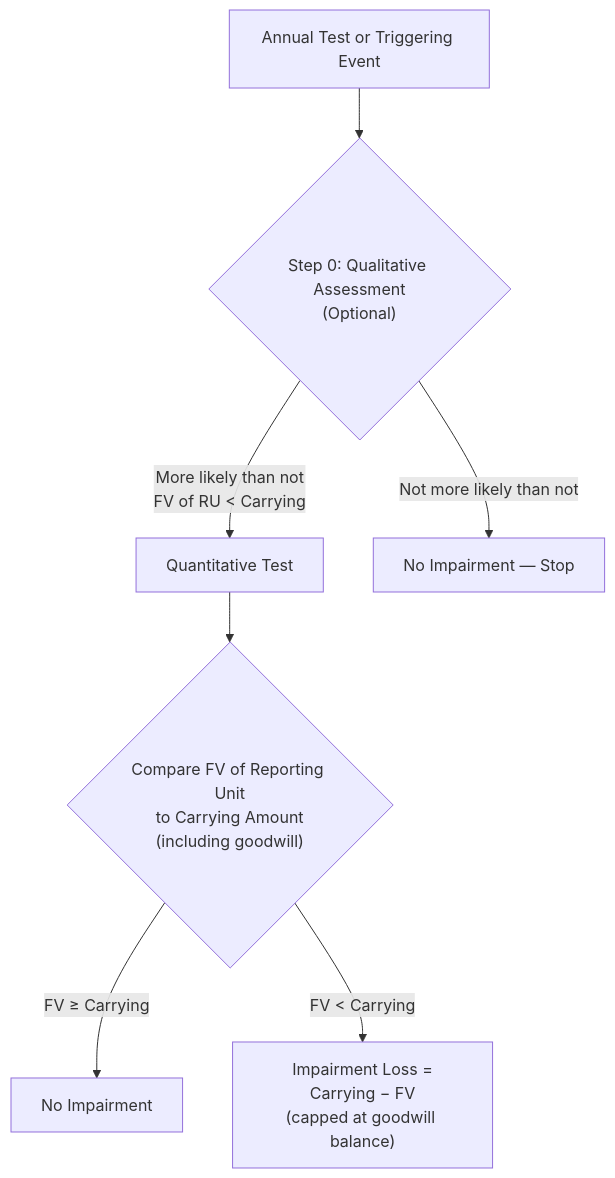
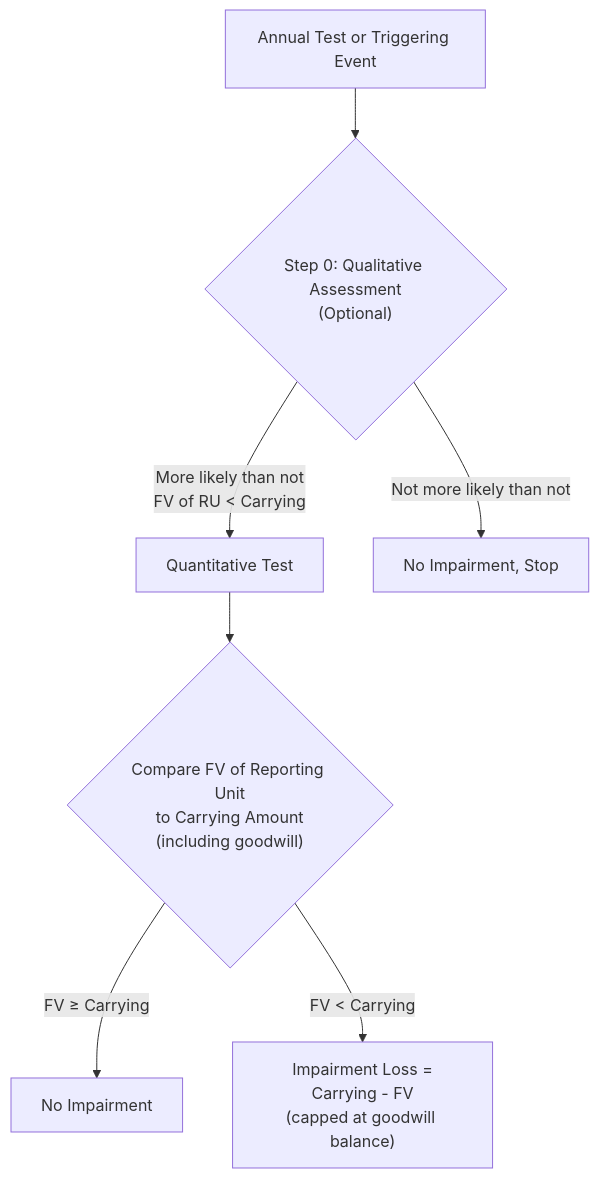
Before and after one commit to subwaymatch/cpabear-book: the second of 2 diagrams in docs/bar/technical-accounting-assets-and-revenue/indefinite-lived-intangible-assets.md, drawn with Mermaid. The commit also changed other lines of this file and 222 other files, not shown here.

````diff
--- a/docs/bar/technical-accounting-assets-and-revenue/indefinite-lived-intangible-assets.md
+++ b/docs/bar/technical-accounting-assets-and-revenue/indefinite-lived-intangible-assets.md
@@ -217,9 +217,9 @@
 ```mermaid
 graph TD
     A["Annual Test or Triggering Event"] --> B{"Step 0: Qualitative Assessment<br/>(Optional)"}
     B -->|"More likely than not<br/>FV of RU < Carrying"| C["Quantitative Test"]
-    B -->|"Not more likely than not"| D["No Impairment — Stop"]
+    B -->|"Not more likely than not"| D["No Impairment, Stop"]
     C --> E{"Compare FV of Reporting Unit<br/>to Carrying Amount<br/>(including goodwill)"}
     E -->|"FV ≥ Carrying"| F["No Impairment"]
-    E -->|"FV < Carrying"| G["Impairment Loss =<br/>Carrying − FV<br/>(capped at goodwill balance)"]
+    E -->|"FV < Carrying"| G["Impairment Loss =<br/>Carrying - FV<br/>(capped at goodwill balance)"]
 ```
````
